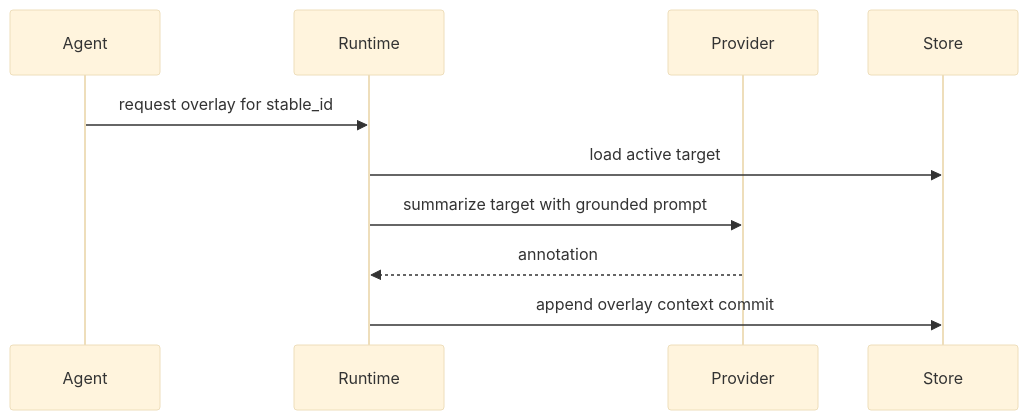
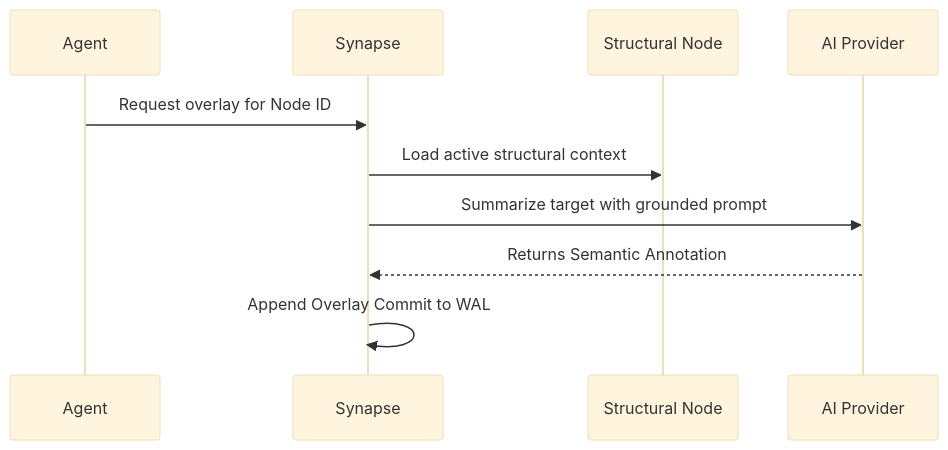
The diagram in docs/overlays.md (saahilpal/synapse), drawn with Mermaid (base theme) before and after one commit. The commit also changed other lines of this file and 11 other files, not shown here.

````diff
--- a/docs/overlays.md
+++ b/docs/overlays.md
@@ -11,13 +18,13 @@
 ```mermaid
 sequenceDiagram
     participant Agent
-    participant Runtime
-    participant Provider
-    participant Store
+    participant Synapse
+    participant Target as Structural Node
+    participant LLM as AI Provider
 
-    Agent->>Runtime: request overlay for stable_id
-    Runtime->>Store: load active target
-    Runtime->>Provider: summarize target with grounded prompt
-    Provider-->>Runtime: annotation
-    Runtime->>Store: append overlay context commit
+    Agent->>Synapse: Request overlay for Node ID
+    Synapse->>Target: Load active structural context
+    Synapse->>LLM: Summarize target with grounded prompt
+    LLM-->>Synapse: Returns Semantic Annotation
+    Synapse->>Synapse: Append Overlay Commit to WAL
 ```
````
